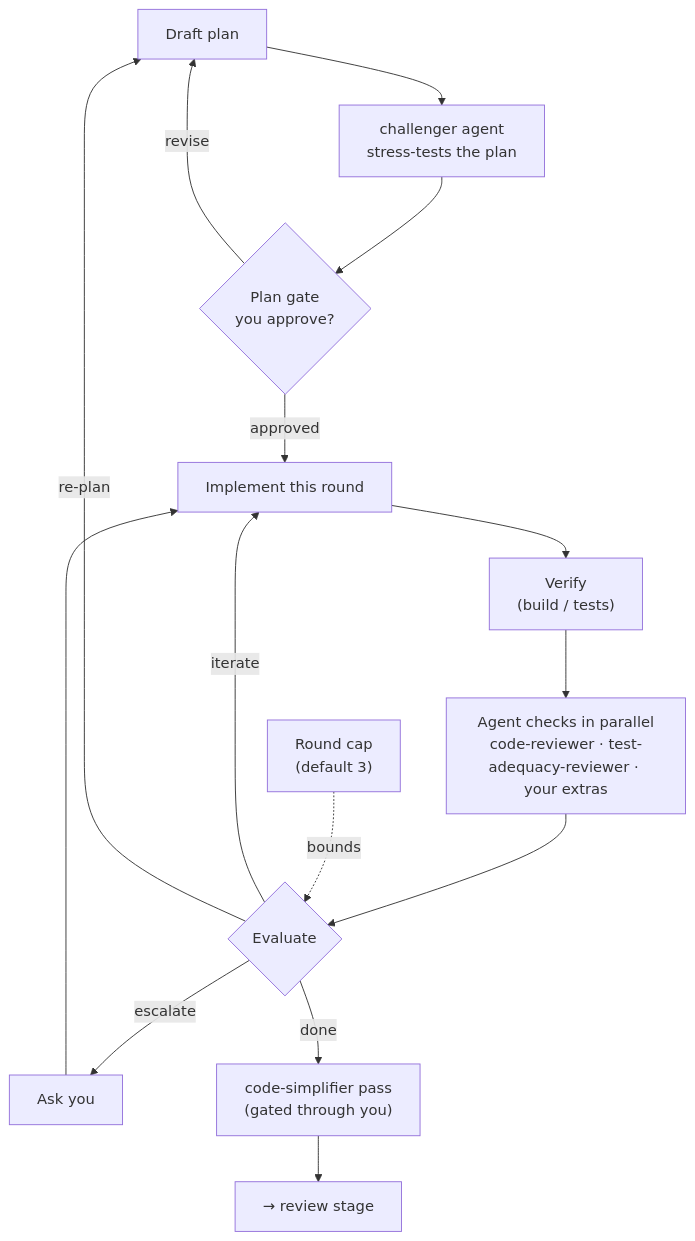
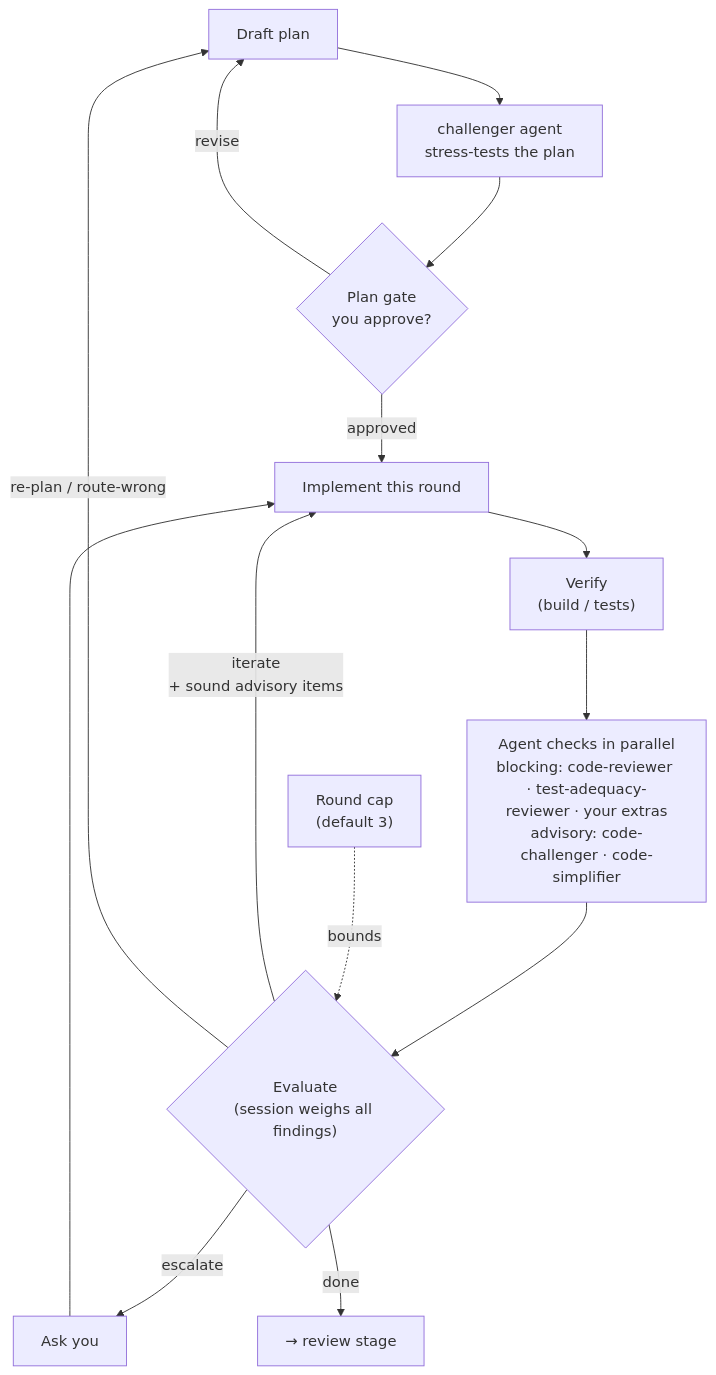
One commit to elmoritz/agents-skills-setup changed the third of 3 diagrams in README.md. Above: the diagram before and after it, drawn with Mermaid. The commit also changed other lines of this file and 10 other files, not shown here.

First line of the commit message:
feat(pick): run code-challenger + code-simplifier every loop round

````diff
--- a/README.md
+++ b/README.md
@@ -264,18 +269,17 @@
 ```mermaid
 flowchart TD
     D["Draft plan"] --> CH["challenger agent<br/>stress-tests the plan"]
     CH --> PG{"Plan gate<br/>you approve?"}
     PG -->|revise| D
     PG -->|approved| IMP["Implement this round"]
     IMP --> VER["Verify<br/>(build / tests)"]
-    VER --> AC["Agent checks in parallel<br/>code-reviewer · test-adequacy-reviewer · your extras"]
-    AC --> EV{"Evaluate"}
-    EV -->|iterate| IMP
-    EV -->|re-plan| D
+    VER --> AC["Agent checks in parallel<br/>blocking: code-reviewer · test-adequacy-reviewer · your extras<br/>advisory: code-challenger · code-simplifier"]
+    AC --> EV{"Evaluate<br/>(session weighs all findings)"}
+    EV -->|iterate<br/>+ sound advisory items| IMP
+    EV -->|re-plan / route-wrong| D
     EV -->|escalate| ASK["Ask you"]
-    EV -->|done| SIMP["code-simplifier pass<br/>(gated through you)"]
+    EV -->|done| REV["→ review stage"]
     ASK --> IMP
-    SIMP --> REV["→ review stage"]
 
     RC["Round cap<br/>(default 3)"] -.->|bounds| EV
 ```
````
